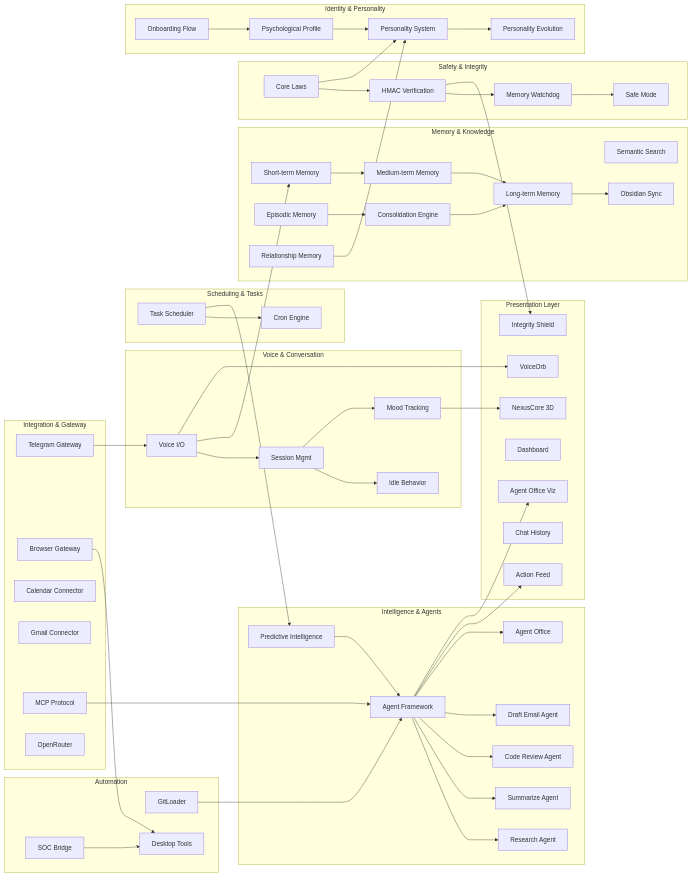
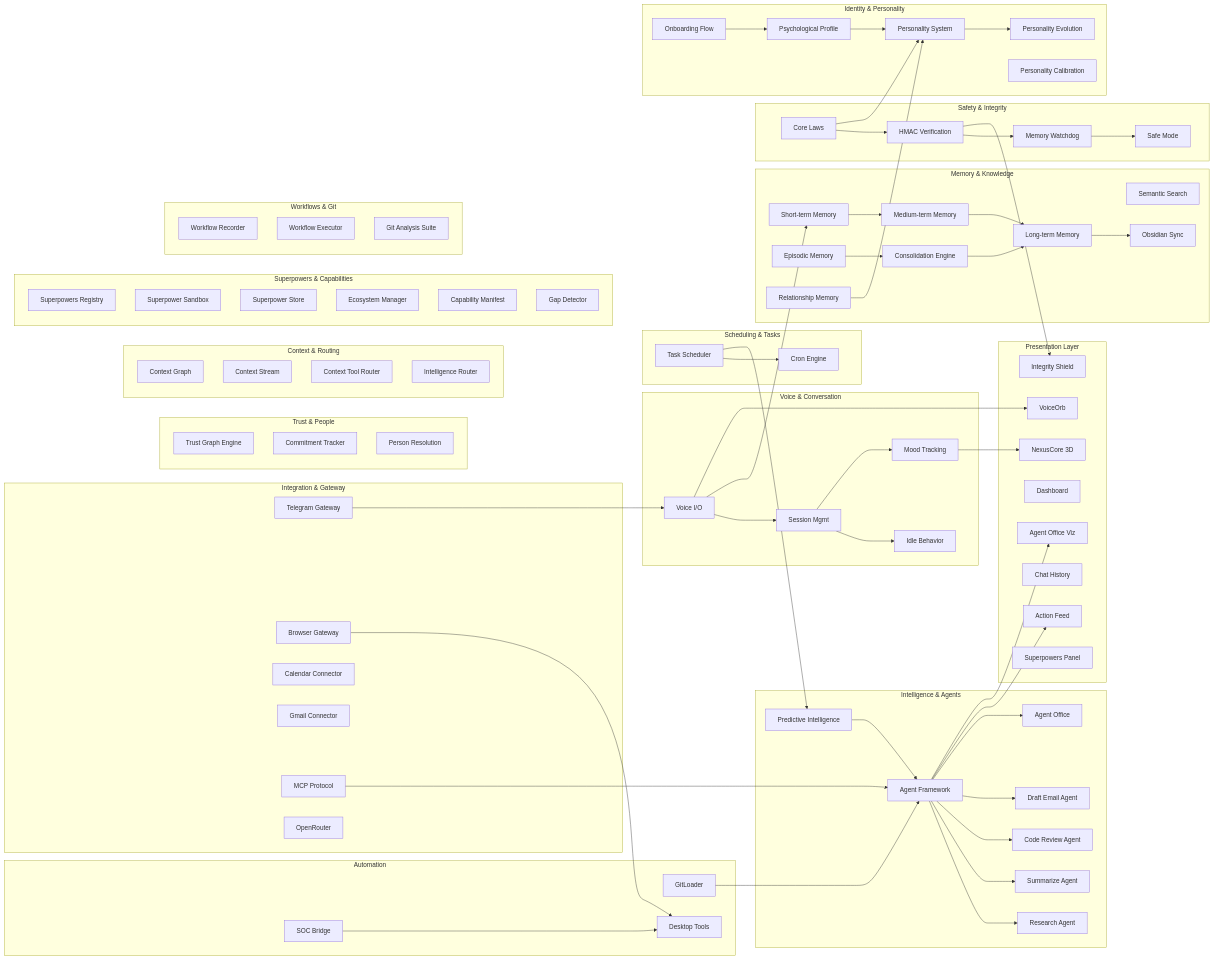
Before and after one commit to FutureSpeakAI/Agent-Friday: the second of 17 diagrams in ARCHITECTURE.md, drawn with Mermaid. The commit also changed other lines of this file and 1 other file, not shown here.

```diff
--- a/ARCHITECTURE.md
+++ b/ARCHITECTURE.md
@@ -180,6 +185,35 @@
         PSYCH[Psychological Profile]
         PERSONA[Personality System]
         EVOLVE[Personality Evolution]
+        CALIB[Personality Calibration]
+    end
+
+    subgraph "Trust & People"
+        TRUST_ENGINE[Trust Graph Engine]
+        COMMITMENTS[Commitment Tracker]
+        PERSON_RES[Person Resolution]
+    end
+
+    subgraph "Context & Routing"
+        CTX_GRAPH[Context Graph]
+        CTX_STREAM[Context Stream]
+        CTX_ROUTER[Context Tool Router]
+        INTEL_ROUTER[Intelligence Router]
+    end
+
+    subgraph "Superpowers & Capabilities"
+        SP_REGISTRY[Superpowers Registry]
+        SP_SANDBOX[Superpower Sandbox]
+        SP_STORE[Superpower Store]
+        SP_ECO[Ecosystem Manager]
+        CAP_MANIFEST[Capability Manifest]
+        CAP_GAP[Gap Detector]
+    end
+
+    subgraph "Workflows & Git"
+        WF_RECORD[Workflow Recorder]
+        WF_EXEC[Workflow Executor]
+        GIT_SUITE[Git Analysis Suite]
     end
 
     subgraph "Presentation Layer"
@@ -190,6 +224,7 @@
         ACTIONS[Action Feed]
         CHAT[Chat History]
         SHIELD[Integrity Shield]
+        SP_PANEL[Superpowers Panel]
     end
 
     VOICE --> SESSION
```
